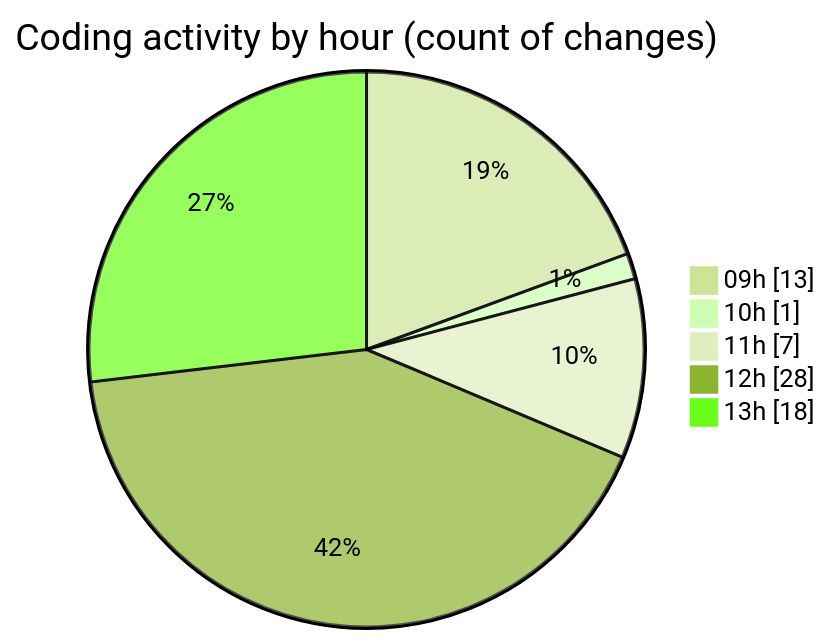
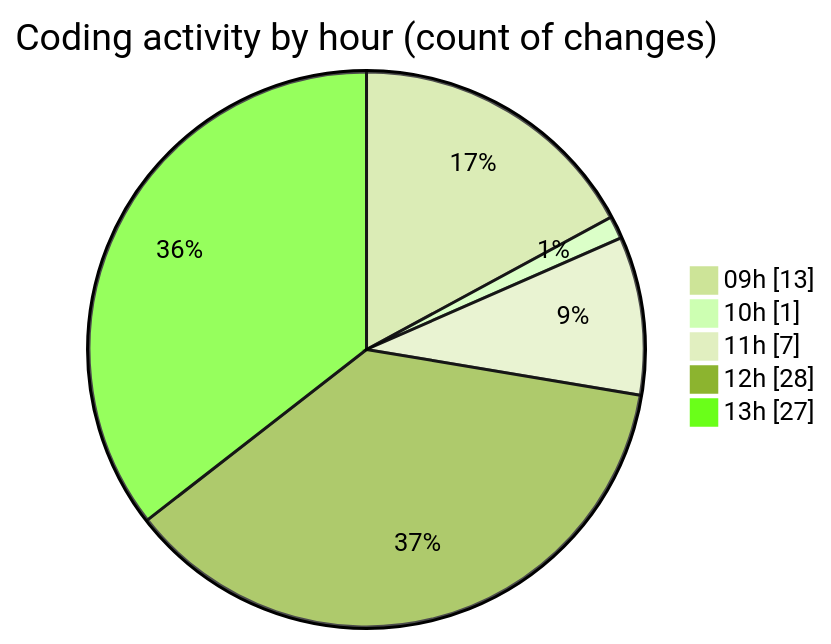
Before and after one commit to momahboobian/code-tracking: the second of 2 diagrams in 2025-05-12/cda/README.md, drawn with Mermaid (forest theme). The commit also changed other lines of this file and 1 other file, not shown here.

````diff
--- a/2025-05-12/cda/README.md
+++ b/2025-05-12/cda/README.md
@@ -41,9 +41,9 @@
 ```mermaid
 pie showData
 title Coding activity by hour (count of changes)
 "09h" : 13
 "10h" : 1
 "11h" : 7
 "12h" : 28
-"13h" : 18
+"13h" : 27
 ```
````
